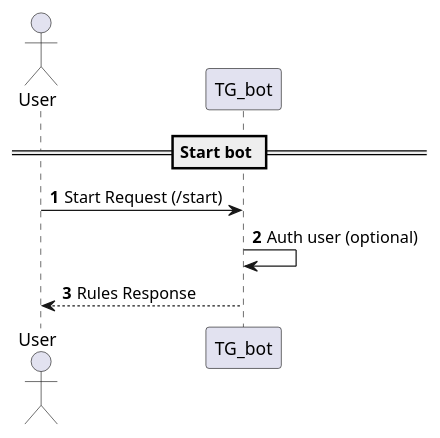
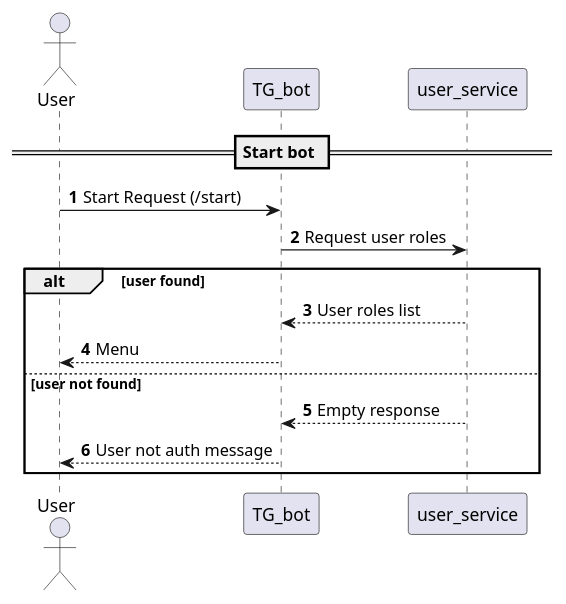
The diagram in doc/sequence/start.puml (lPeresvet/Avtors-Bot), drawn with PlantUML before and after one commit. The commit also changed 16 other files, not shown here.

```diff
--- a/doc/sequence/start.puml
+++ b/doc/sequence/start.puml
@@ -1,13 +1,19 @@
 @startuml
 'https://plantuml.com/sequence-diagram
 
 autonumber
 
 actor User
 == Start bot ==
 
 User -> TG_bot: Start Request (/start)
-TG_bot -> TG_bot: Auth user (optional)
-TG_bot --> User: Rules Response
+TG_bot -> user_service: Request user roles
+alt user found
+user_service --> TG_bot: User roles list
+TG_bot --> User: Menu
+else user not found
+user_service --> TG_bot: Empty response
+TG_bot --> User: User not auth message
+end
 
 @enduml
```
